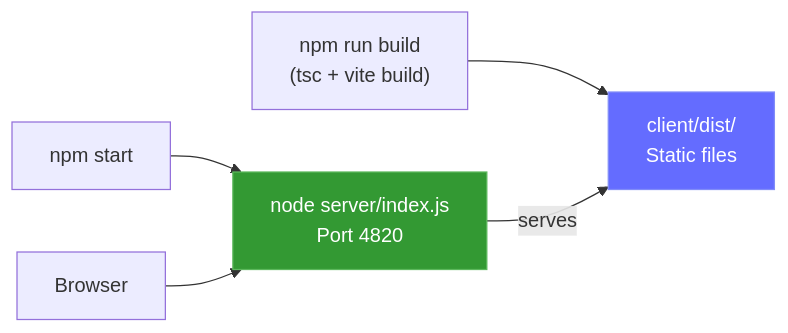
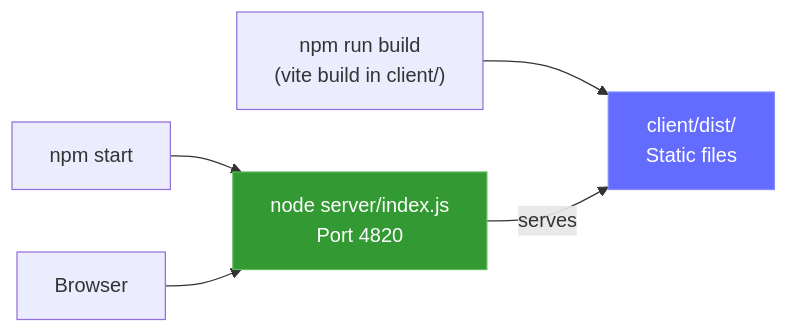
One commit to mirkanu/gsd-dashboard changed diagram 23 of 26 in ARCHITECTURE.md. Above: the diagram before and after it, drawn with Mermaid. The commit also changed other lines of this file and 78 other files, not shown here.

````diff
--- a/ARCHITECTURE.md
+++ b/ARCHITECTURE.md
@@ -886,10 +999,10 @@
 ```mermaid
 graph LR
-    BUILD["npm run build<br/>(tsc + vite build)"] --> DIST["client/dist/<br/>Static files"]
+    BUILD["npm run build<br/>(vite build in client/)"] --> DIST["client/dist/<br/>Static files"]
     START["npm start"] --> SERVER["node server/index.js<br/>Port 4820"]
     SERVER -->|serves| DIST
     BROWSER["Browser"] --> SERVER
 
     style SERVER fill:#339933,stroke:#5cb85c,color:#fff
     style DIST fill:#646CFF,stroke:#818cf8,color:#fff
 ```
````
